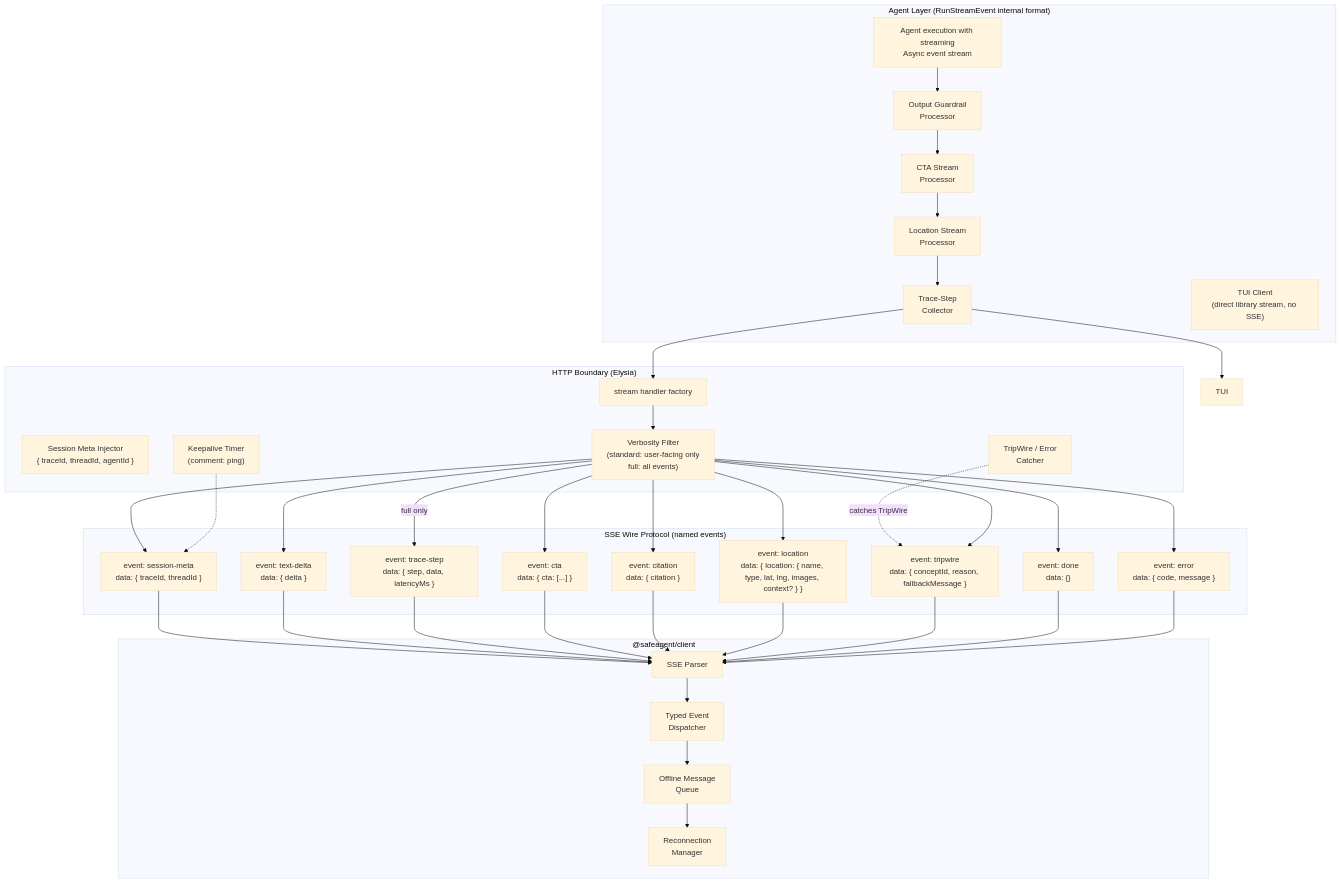
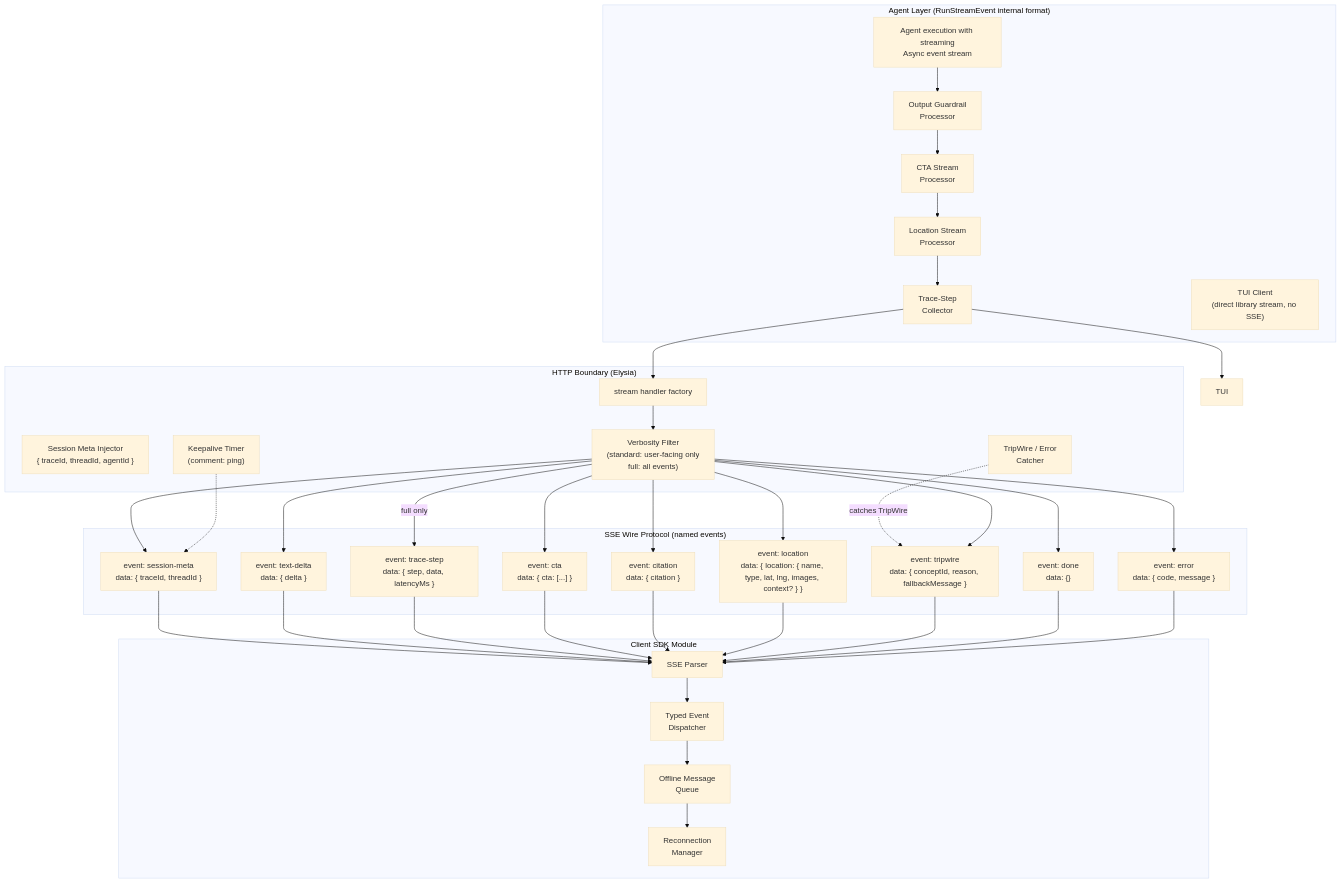
The first of 27 diagrams in plan/11-transport.md (1qh/safeagent), drawn with Mermaid (base theme) before and after one commit. The commit also changed other lines of this file and 10 other files, not shown here.

````diff
--- a/plan/11-transport.md
+++ b/plan/11-transport.md
@@ -29,50 +29,50 @@
 ```mermaid
 graph TB
     subgraph AGENT_LAYER["Agent Layer (RunStreamEvent internal format)"]
         AGENT["Agent execution with streaming\nAsync event stream"]
         GUARD_PROC["Output Guardrail\nProcessor"]
         CTA_PROC["CTA Stream\nProcessor"]
         LOC_PROC["Location Stream\nProcessor"]
         TRACE_COLLECT["Trace-Step\nCollector"]
         TUI_CLIENT["TUI Client\n(direct library stream, no SSE)"]
     end
 
     subgraph HTTP_BOUNDARY["HTTP Boundary (Elysia)"]
         HANDLER["stream handler factory"]
         META_INJECT["Session Meta Injector\n{ traceId, threadId, agentId }"]
         VERBOSITY_FILTER["Verbosity Filter\n(standard: user-facing only\nfull: all events)"]
         KEEPALIVE["Keepalive Timer\n(comment: ping)"]
         ERR_CATCH["TripWire / Error\nCatcher"]
     end
 
     subgraph SSE_WIRE["SSE Wire Protocol (named events)"]
         EVT_META["event: session-meta\ndata: { traceId, threadId }"]
         EVT_TEXT["event: text-delta\ndata: { delta }"]
         EVT_TRACE["event: trace-step\ndata: { step, data, latencyMs }"]
         EVT_CTA["event: cta\ndata: { cta: [...] }"]
         EVT_CIT["event: citation\ndata: { citation }"]
         EVT_LOC["event: location\ndata: { location: { name, type, lat, lng, images, context? } }"]
         EVT_TRIP["event: tripwire\ndata: { conceptId, reason, fallbackMessage }"]
         EVT_DONE["event: done\ndata: {}"]
         EVT_ERR["event: error\ndata: { code, message }"]
     end
 
-    subgraph CLIENT_SDK["@safeagent/client"]
+    subgraph CLIENT_SDK["Client SDK Module"]
         PARSER["SSE Parser"]
         TYPED["Typed Event\nDispatcher"]
         QUEUE["Offline Message\nQueue"]
         RECONNECT["Reconnection\nManager"]
     end
 
     AGENT --> GUARD_PROC --> CTA_PROC --> LOC_PROC --> TRACE_COLLECT
     TRACE_COLLECT --> TUI
     TRACE_COLLECT --> HANDLER
     HANDLER --> VERBOSITY_FILTER
     ERR_CATCH -.->|"catches TripWire"| EVT_TRIP
     VERBOSITY_FILTER --> EVT_META & EVT_TEXT & EVT_CTA & EVT_CIT & EVT_LOC & EVT_TRIP & EVT_DONE & EVT_ERR
     VERBOSITY_FILTER -->|"full only"| EVT_TRACE
     KEEPALIVE -.-> EVT_META
     EVT_META & EVT_TEXT & EVT_TRACE & EVT_CTA & EVT_CIT & EVT_LOC & EVT_TRIP & EVT_DONE & EVT_ERR --> PARSER
     PARSER --> TYPED --> QUEUE
     QUEUE --> RECONNECT
 ```
````
